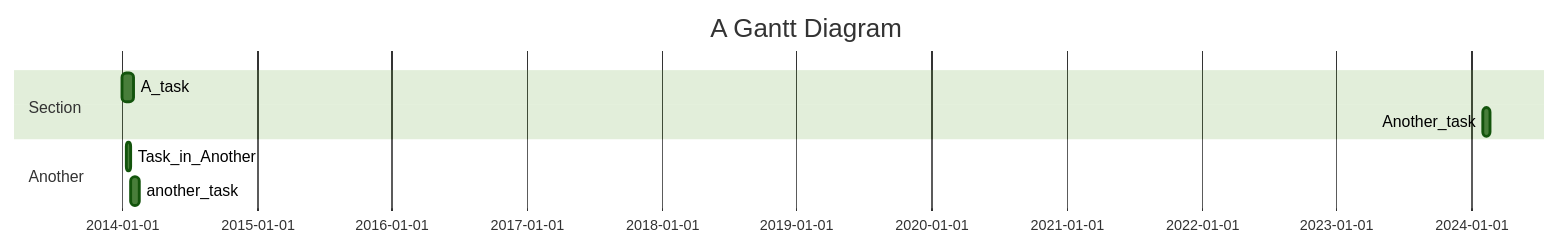
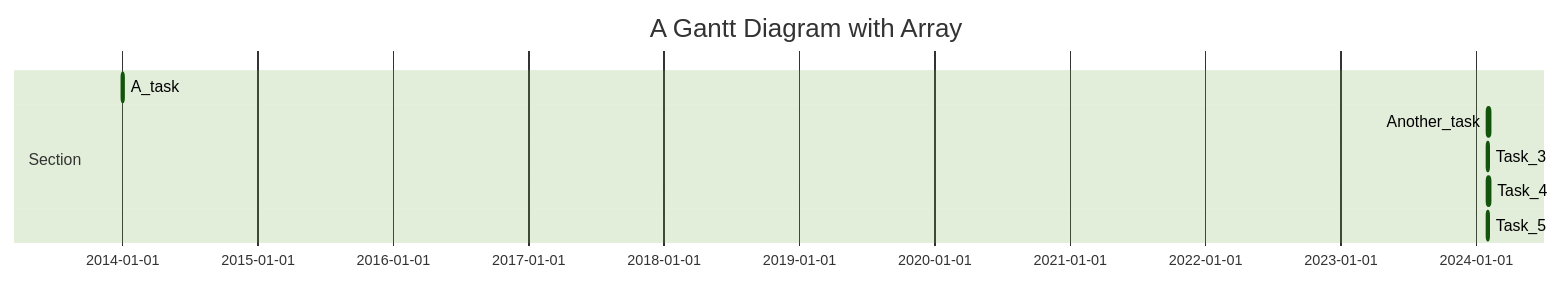
The diagram in Flowchart-Timeline.md (Yarema91/Blockscheme-), drawn with Mermaid (forest theme) before and after one commit.

````diff
--- a/Flowchart-Timeline.md
+++ b/Flowchart-Timeline.md
@@ -1,12 +1,12 @@
 ```mermaid
 gantt
-  title A Gantt Diagram
+  title A Gantt Diagram with Array
   dateFormat YYYY-MM-DD
   section Section
-    A_task :a1, 2014-01-01, 30d
-    Another_task :after A_task, 20d
-  section Another
-    Task_in_Another :2014-01-12, 12d
-    another_task :24d
+    A_task :a1, 2014-01-01, 5d
+    Another_task :after A_task, 7d
+    Task_3 :after Another_task, 3d
+    Task_4 :after Task_3, 6d
+    Task_5 :after Task_4, 4d
 
 ```
````
